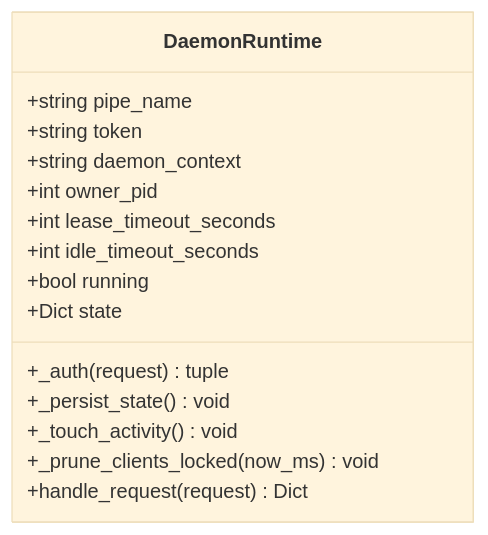
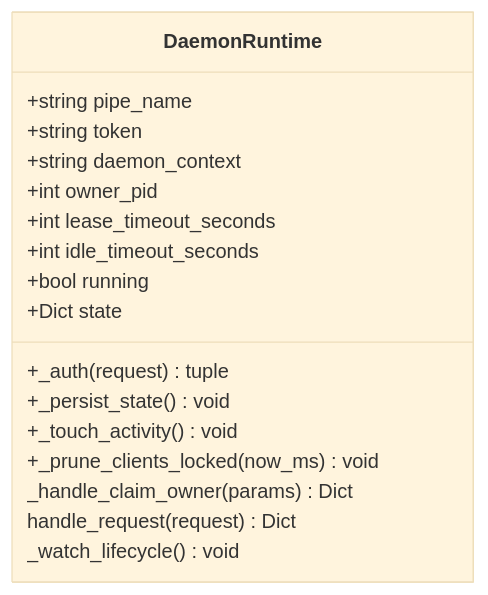
The fourth of 6 diagrams in .qoder/repowiki/zh/content/CLI命令参考/守护进程命令.md (haolange/RDC-Tool), drawn with Mermaid (base theme) before and after one commit. The commit also changed other lines of this file and 4 other files, not shown here.

````diff
--- a/.qoder/repowiki/zh/content/CLI命令参考/守护进程命令.md
+++ b/.qoder/repowiki/zh/content/CLI命令参考/守护进程命令.md
@@ -189,18 +213,20 @@
 ```mermaid
 classDiagram
 class DaemonRuntime {
 +string pipe_name
 +string token
 +string daemon_context
 +int owner_pid
 +int lease_timeout_seconds
 +int idle_timeout_seconds
 +bool running
 +Dict state
 +_auth(request) tuple
 +_persist_state() void
 +_touch_activity() void
 +_prune_clients_locked(now_ms) void
-+handle_request(request) Dict
+_handle_claim_owner(params) Dict
+handle_request(request) Dict
+_watch_lifecycle() void
 }
 ```
````
